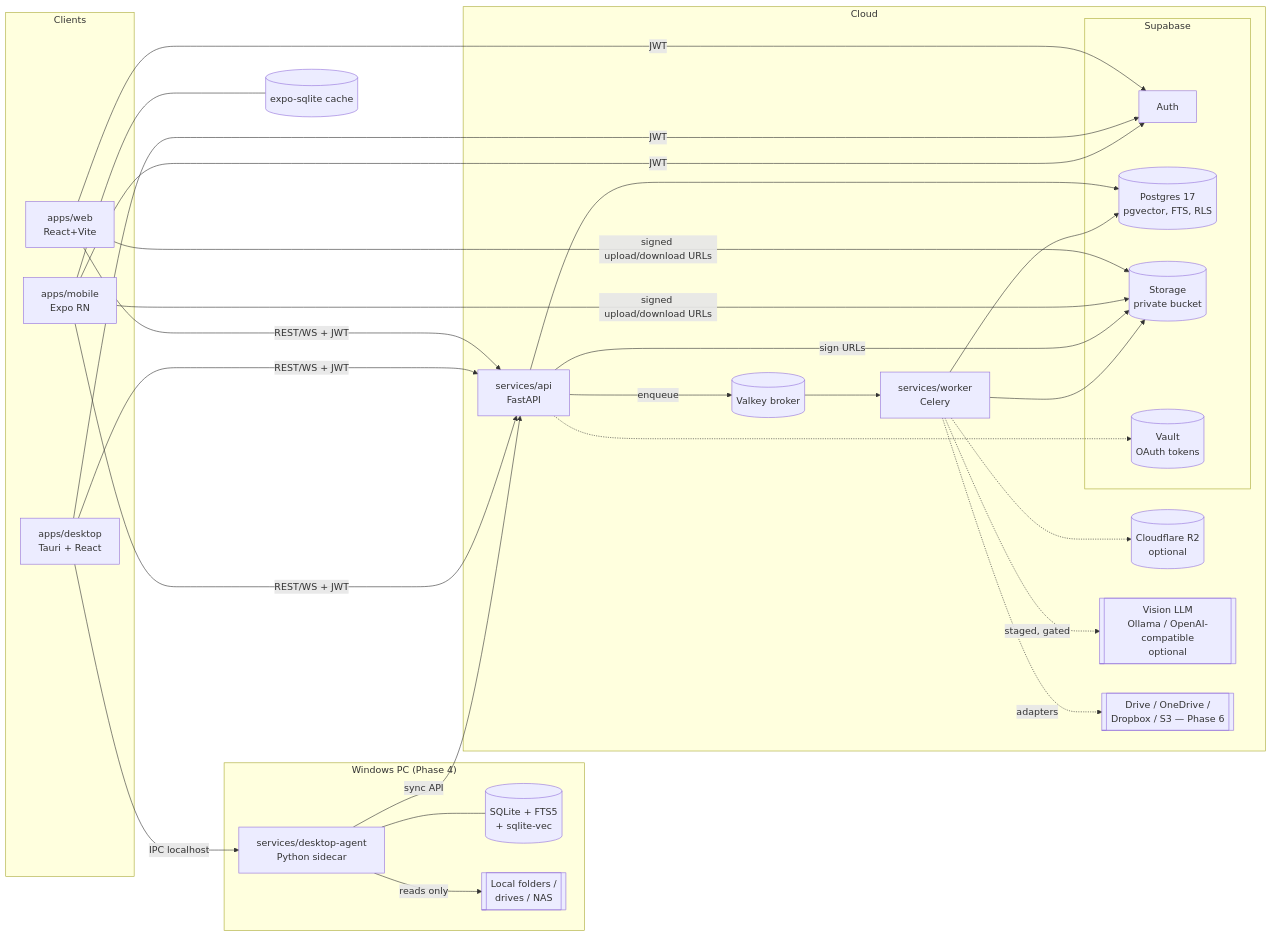
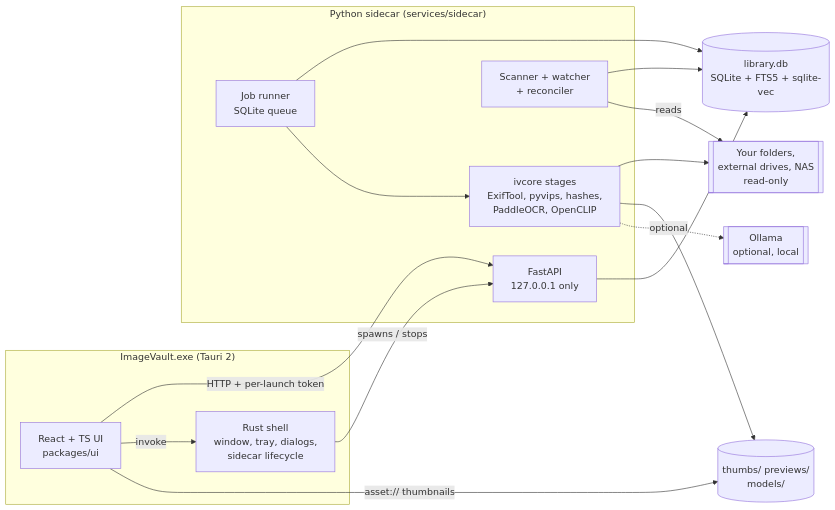
Before and after one commit to NeoMags/VImage: the first of 2 diagrams in docs/02-architecture.md, drawn with Mermaid. The commit also changed other lines of this file and 34 other files, not shown here.

First line of the commit message:
Re-plan as desktop-only personal app

````diff
--- a/docs/02-architecture.md
+++ b/docs/02-architecture.md
@@ -6,46 +4,29 @@
 ```mermaid
 flowchart LR
-  subgraph Clients
-    WEB[apps/web<br/>React+Vite]
-    DESK[apps/desktop<br/>Tauri + React]
-    MOB[apps/mobile<br/>Expo RN]
+  subgraph App["ImageVault.exe (Tauri 2)"]
+    UI[React + TS UI<br/>packages/ui]
+    SHELL[Rust shell<br/>window, tray, dialogs,<br/>sidecar lifecycle]
   end
-  subgraph Local["Windows PC (Phase 4)"]
-    AGENT[services/desktop-agent<br/>Python sidecar]
-    LDB[(SQLite + FTS5<br/>+ sqlite-vec)]
-    LFS[[Local folders /<br/>drives / NAS]]
+  subgraph Sidecar["Python sidecar (services/sidecar)"]
+    API[FastAPI<br/>127.0.0.1 only]
+    SCAN[Scanner + watcher<br/>+ reconciler]
+    Q[Job runner<br/>SQLite queue]
+    CORE[ivcore stages<br/>ExifTool, pyvips, hashes,<br/>PaddleOCR, OpenCLIP]
   end
-  subgraph Cloud
-    API[services/api<br/>FastAPI]
-    WRK[services/worker<br/>Celery]
-    BRK[(Valkey broker)]
-    subgraph Supabase
-      AUTH[Auth]
-      PG[(Postgres 17<br/>pgvector, FTS, RLS)]
-      ST[(Storage<br/>private bucket)]
-      VAULT[(Vault<br/>OAuth tokens)]
-    end
-    R2[(Cloudflare R2<br/>optional)]
-    LLM[[Vision LLM<br/>Ollama / OpenAI-compatible<br/>optional]]
-    PROV[[Drive / OneDrive /<br/>Dropbox / S3 — Phase 6]]
-  end
-  MOBDB[(expo-sqlite cache)]
+  DB[(library.db<br/>SQLite + FTS5 + sqlite-vec)]
+  CACHE[(thumbs/ previews/<br/>models/)]
+  FILES[[Your folders,<br/>external drives, NAS<br/>read-only]]
+  OLL[[Ollama<br/>optional, local]]
 
-  WEB & DESK & MOB -- JWT --> AUTH
-  WEB & DESK & MOB -- REST/WS + JWT --> API
-  WEB & MOB -- signed upload/download URLs --> ST
-  MOB --- MOBDB
-  DESK -- IPC localhost --> AGENT
-  AGENT --- LDB
-  AGENT -- reads only --> LFS
-  AGENT -- sync API --> API
-  API --> PG
-  API -- sign URLs --> ST
-  API -- enqueue --> BRK
-  BRK --> WRK
-  WRK --> PG & ST
-  WRK -. staged, gated .-> LLM
-  WRK -. adapters .-> PROV
-  WRK -.-> R2
-  API -.-> VAULT
+  UI -- HTTP + per-launch token --> API
+  UI -- invoke --> SHELL
+  SHELL -- spawns / stops --> API
+  API --> DB
+  SCAN --> DB
+  Q --> DB
+  SCAN -- reads --> FILES
+  Q --> CORE --> FILES
+  CORE --> CACHE
+  UI -- asset:// thumbnails --> CACHE
+  CORE -. optional .-> OLL
 ```
````
